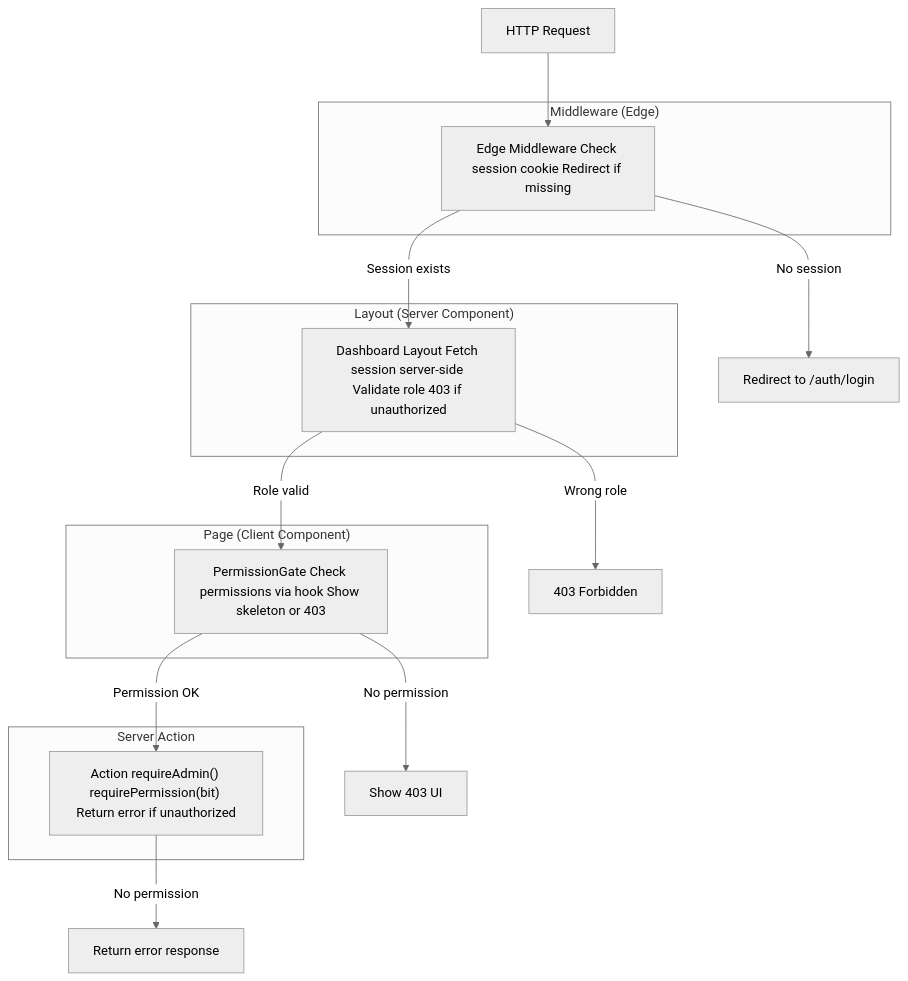
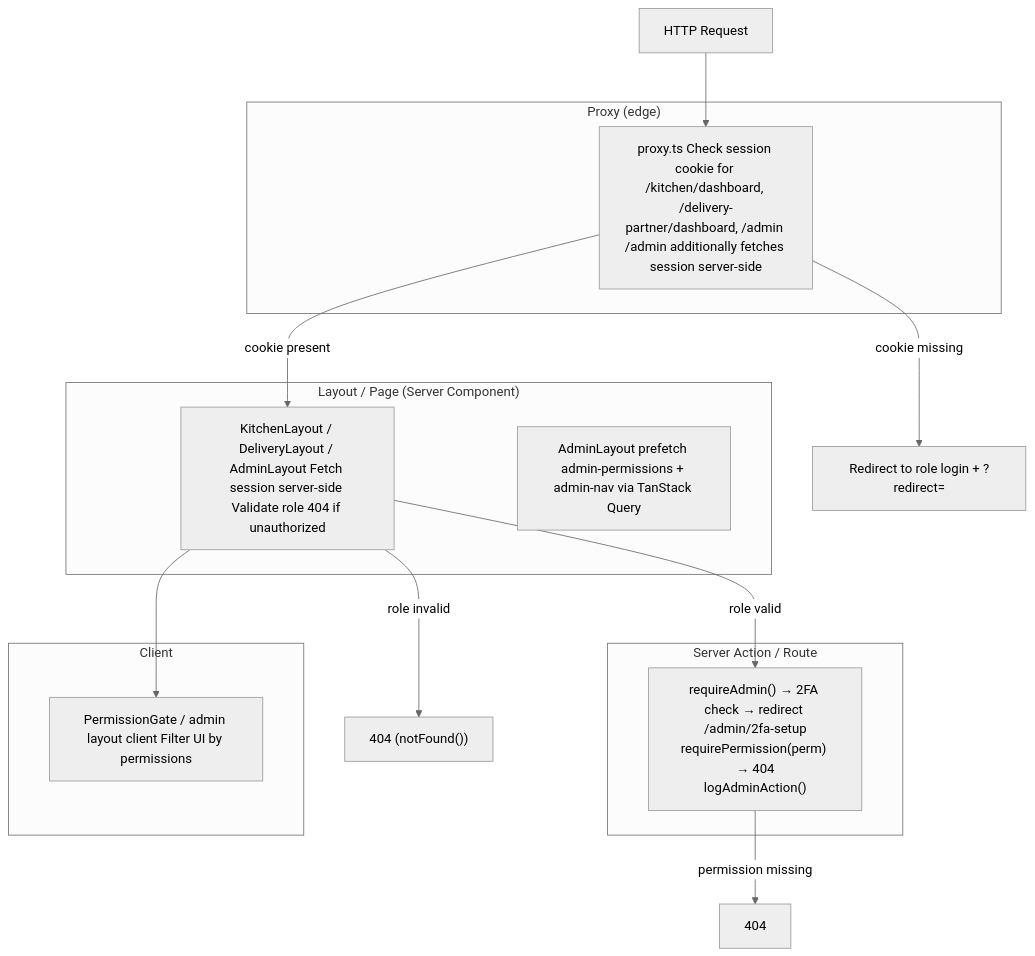
One commit to dharshan47/rrckitchen changed the first of 2 diagrams in docs/15-routing-middleware.md. Above: the diagram before and after it, drawn with Mermaid (neutral theme). The commit also changed other lines of this file and 462 other files, not shown here.

Commit message:
feat: implement core platform features including admin dashboards, catalog management, loyalty systems, and delivery partner workflows with comprehensive test coverage and documentation.

````diff
--- a/docs/15-routing-middleware.md
+++ b/docs/15-routing-middleware.md
@@ -174,28 +179,28 @@
 ```mermaid
 %%{init: {'flowchart': {'curve': 'basis', 'useMaxWidth': true, 'nodeSpacing': 80, 'rankSpacing': 60}}}%%
 flowchart TB
-    subgraph "Middleware (Edge)"
-        MW["Edge Middleware Check session cookie Redirect if missing"]
+    subgraph "Proxy (edge)"
+        PX["proxy.ts Check session cookie for /kitchen/dashboard, /delivery-partner/dashboard, /admin /admin additionally fetches session server-side"]
     end
 
-    subgraph "Layout (Server Component)"
-        LL["Dashboard Layout Fetch session server-side Validate role 403 if unauthorized"]
+    subgraph "Layout / Page (Server Component)"
+        LL["KitchenLayout / DeliveryLayout / AdminLayout Fetch session server-side Validate role 404 if unauthorized"]
+        AL["AdminLayout prefetch admin-permissions + admin-nav via TanStack Query"]
     end
 
-    subgraph "Page (Client Component)"
-        PG["PermissionGate Check permissions via hook Show skeleton or 403"]
+    subgraph "Server Action / Route"
+        SA["requireAdmin() → 2FA check → redirect /admin/2fa-setup<br/>requirePermission(perm) → 404<br/>logAdminAction()"]
     end
 
-    subgraph "Server Action"
-        SA["Action requireAdmin() requirePermission(bit) Return error if unauthorized"]
+    subgraph "Client"
+        PG["PermissionGate / admin layout client Filter UI by permissions"]
     end
 
-    Request["HTTP Request"] --> MW
-    MW -->|"Session exists"| LL
-    LL -->|"Role valid"| PG
-    PG -->|"Permission OK"| SA
-    MW -->|"No session"| Login["Redirect to /auth/login"]
-    LL -->|"Wrong role"| Forbidden["403 Forbidden"]
-    PG -->|"No permission"| Forbidden403["Show 403 UI"]
-    SA -->|"No permission"| ActionError["Return error response"]
+    Request["HTTP Request"] --> PX
+    PX -->|"cookie missing"| Login["Redirect to role login + ?redirect="]
+    PX -->|"cookie present"| LL
+    LL -->|"role invalid"| NotFound["404 (notFound())"]
+    LL -->|"role valid"| SA
+    SA -->|"permission missing"| Action404["404"]
+    LL --> PG
 ```
````
